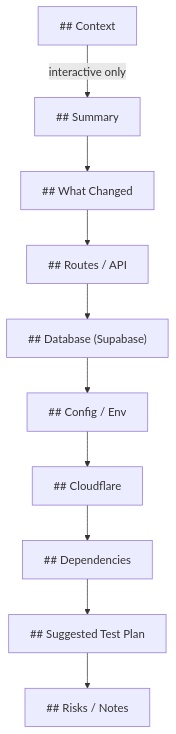
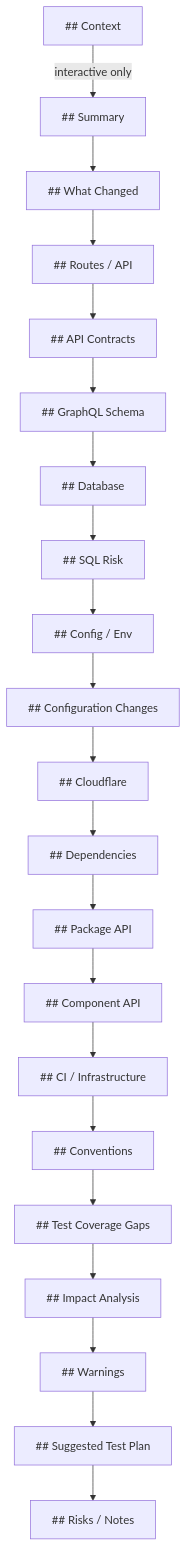
The diagram in docs/08-rendering/markdown.md (better-vibe/branch-narrator), drawn with Mermaid before and after one commit. The commit also changed other lines of this file and 4 other files, not shown here.

````diff
--- a/docs/08-rendering/markdown.md
+++ b/docs/08-rendering/markdown.md
@@ -15,13 +15,24 @@
 ```mermaid
 flowchart TB
     S1["## Context"] -->|"interactive only"| S2
     S2["## Summary"] --> S3
     S3["## What Changed"] --> S4
     S4["## Routes / API"] --> S5
-    S5["## Database (Supabase)"] --> S6
-    S6["## Config / Env"] --> S7
-    S7["## Cloudflare"] --> S8
-    S8["## Dependencies"] --> S9
-    S9["## Suggested Test Plan"] --> S10
-    S10["## Risks / Notes"]
+    S5["## API Contracts"] --> S6
+    S6["## GraphQL Schema"] --> S7
+    S7["## Database"] --> S8
+    S8["## SQL Risk"] --> S9
+    S9["## Config / Env"] --> S10
+    S10["## Configuration Changes"] --> S11
+    S11["## Cloudflare"] --> S12
+    S12["## Dependencies"] --> S13
+    S13["## Package API"] --> S14
+    S14["## Component API"] --> S15
+    S15["## CI / Infrastructure"] --> S16
+    S16["## Conventions"] --> S17
+    S17["## Test Coverage Gaps"] --> S18
+    S18["## Impact Analysis"] --> S19
+    S19["## Warnings"] --> S20
+    S20["## Suggested Test Plan"] --> S21
+    S21["## Risks / Notes"]
 ```
````
